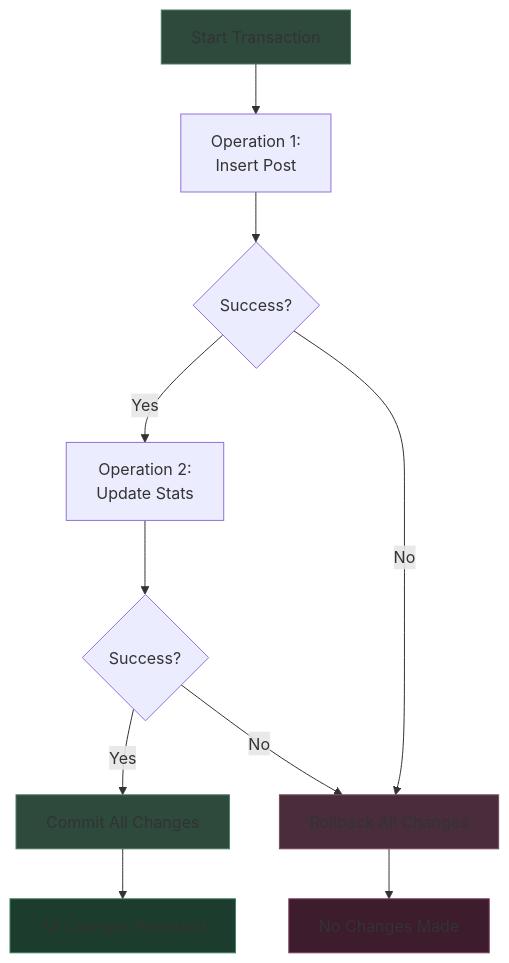
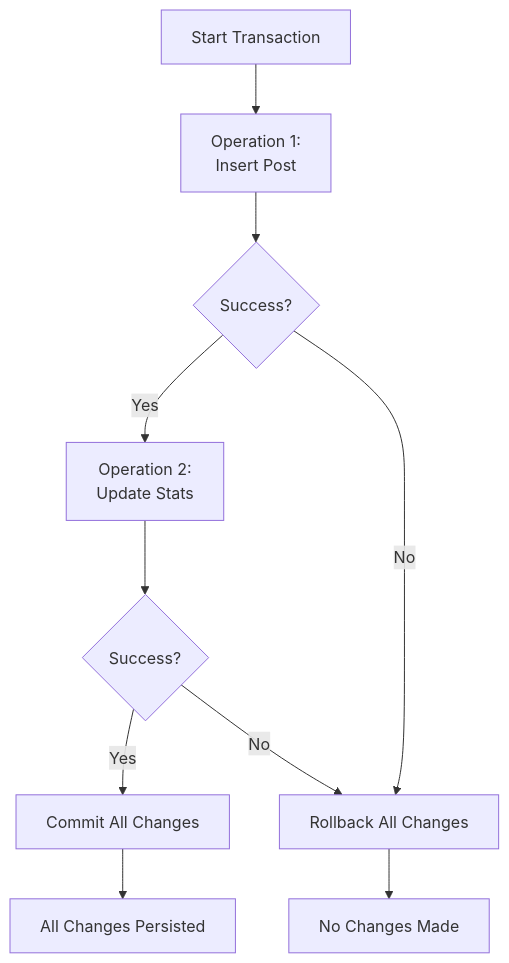
One commit to Yash-Kavaiya/The-System-Design-Masterclass changed the third of 9 diagrams in system design beginner/55. Relational Databases.md. Above: the diagram before and after it, drawn with Mermaid. The commit also changed other lines of this file, not shown here.

````diff
--- a/system design beginner/55. Relational Databases.md
+++ b/system design beginner/55. Relational Databases.md
@@ -124,20 +115,15 @@
 ```mermaid
 graph TD
     START[Start Transaction] --> OP1[Operation 1:<br/>Insert Post]
     OP1 --> CHECK1{Success?}
     CHECK1 -->|Yes| OP2[Operation 2:<br/>Update Stats]
     CHECK1 -->|No| ROLLBACK[Rollback All Changes]
     
     OP2 --> CHECK2{Success?}
     CHECK2 -->|Yes| COMMIT[Commit All Changes]
     CHECK2 -->|No| ROLLBACK
     
     ROLLBACK --> END1[No Changes Made]
     COMMIT --> END2[All Changes Persisted]
     
-    style START fill:#2d4a3c,stroke:#4a7c5c
-    style COMMIT fill:#2d4a3c,stroke:#4a7c5c
-    style ROLLBACK fill:#4a2d3c,stroke:#7c4a5c
-    style END2 fill:#1c3d2d,stroke:#3c7c5c
-    style END1 fill:#3d1c2d,stroke:#7c3c5c
 ```
````
